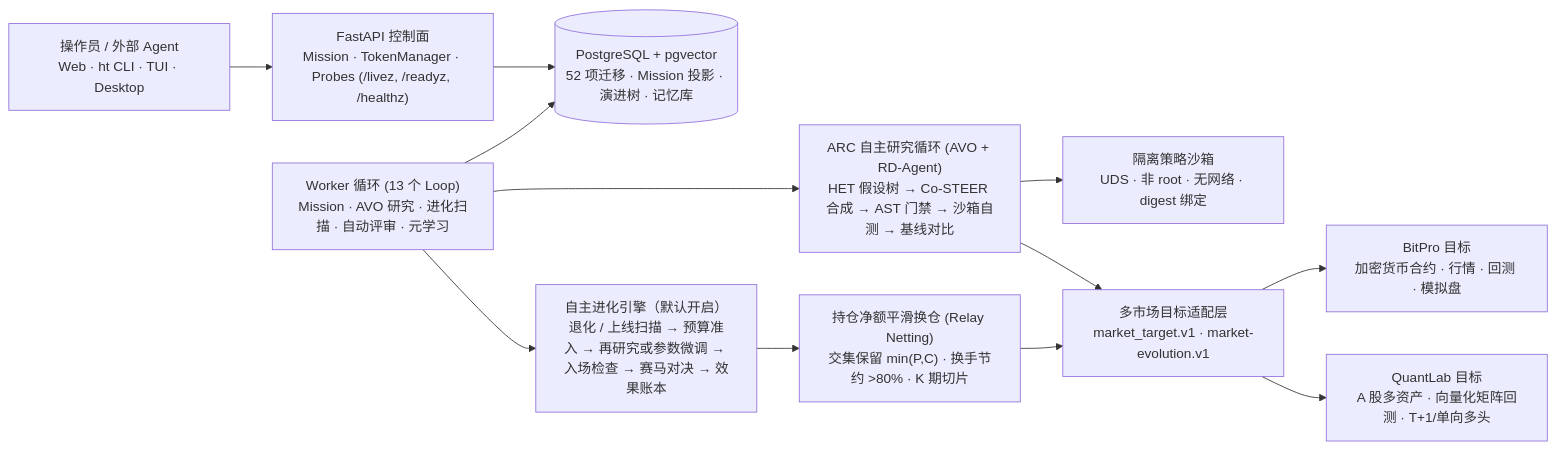
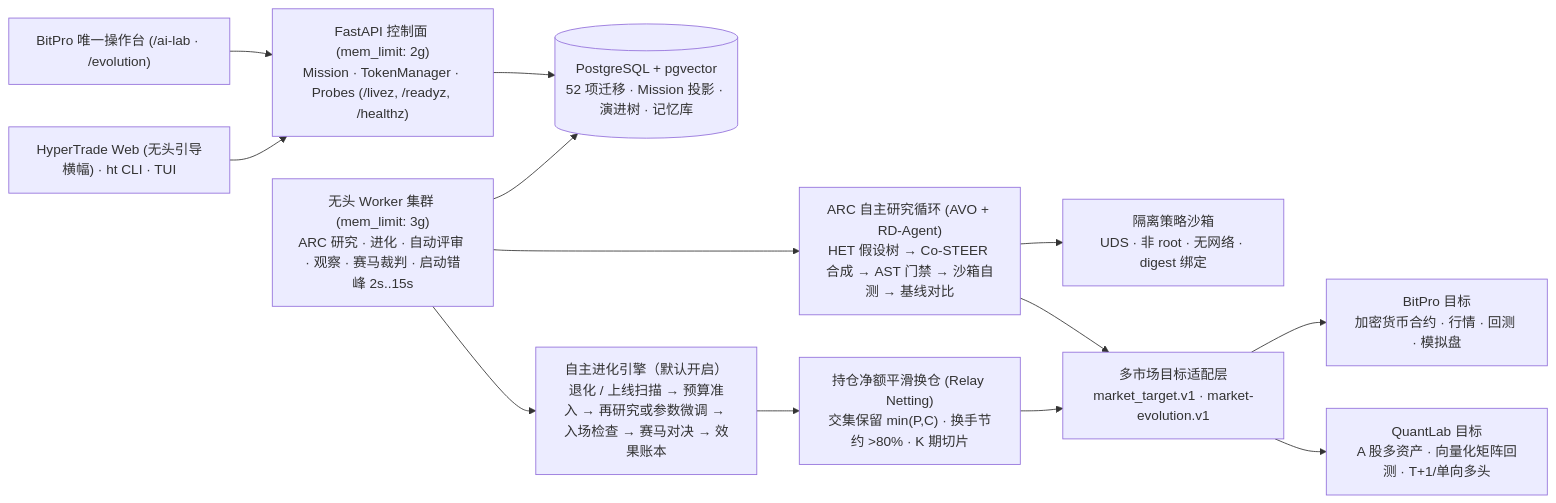
One commit to Shadowell/HyperTrade changed the first of 2 diagrams in README.zh-CN.md. Above: the diagram before and after it, drawn with Mermaid. The commit also changed other lines of this file and 7 other files, not shown here.

Commit message:
docs: sync headless engine contract, architecture docs, READMEs, and Dependabot audit

````diff
--- a/README.zh-CN.md
+++ b/README.zh-CN.md
@@ -55,14 +55,15 @@
 ```mermaid
 flowchart LR
-  Op["操作员 / 外部 Agent<br/>Web · ht CLI · TUI · Desktop"] --> API["FastAPI 控制面<br/>Mission · TokenManager · Probes (/livez, /readyz, /healthz)"]
+  BitProUI["BitPro 唯一操作台 (/ai-lab · /evolution)"] --> API["FastAPI 控制面 (mem_limit: 2g)<br/>Mission · TokenManager · Probes (/livez, /readyz, /healthz)"]
+  Op["HyperTrade Web (无头引导横幅) · ht CLI · TUI"] --> API
   API --> DB[("PostgreSQL + pgvector<br/>52 项迁移 · Mission 投影 · 演进树 · 记忆库")]
-  Worker["Worker 循环 (13 个 Loop)<br/>Mission · AVO 研究 · 进化扫描 · 自动评审 · 元学习"] --> DB
+  Worker["无头 Worker 集群 (mem_limit: 3g)<br/>ARC 研究 · 进化 · 自动评审 · 观察 · 赛马裁判 · 启动错峰 2s..15s"] --> DB
   Worker --> Research["ARC 自主研究循环 (AVO + RD-Agent)<br/>HET 假设树 → Co-STEER 合成 → AST 门禁 → 沙箱自测 → 基线对比"]
   Worker --> Evolution["自主进化引擎（默认开启）<br/>退化 / 上线扫描 → 预算准入 → 再研究或参数微调 → 入场检查 → 赛马对决 → 效果账本"]
   Research --> Sandbox["隔离策略沙箱<br/>UDS · 非 root · 无网络 · digest 绑定"]
   Research --> Targets["多市场目标适配层<br/>market_target.v1 · market-evolution.v1"]
   Evolution --> Relay["持仓净额平滑换仓 (Relay Netting)<br/>交集保留 min(P,C) · 换手节约 >80% · K 期切片"]
   Relay --> Targets
   Targets --> BitPro["BitPro 目标<br/>加密货币合约 · 行情 · 回测 · 模拟盘"]
   Targets --> QuantLab["QuantLab 目标<br/>A 股多资产 · 向量化矩阵回测 · T+1/单向多头"]
 ```
````
